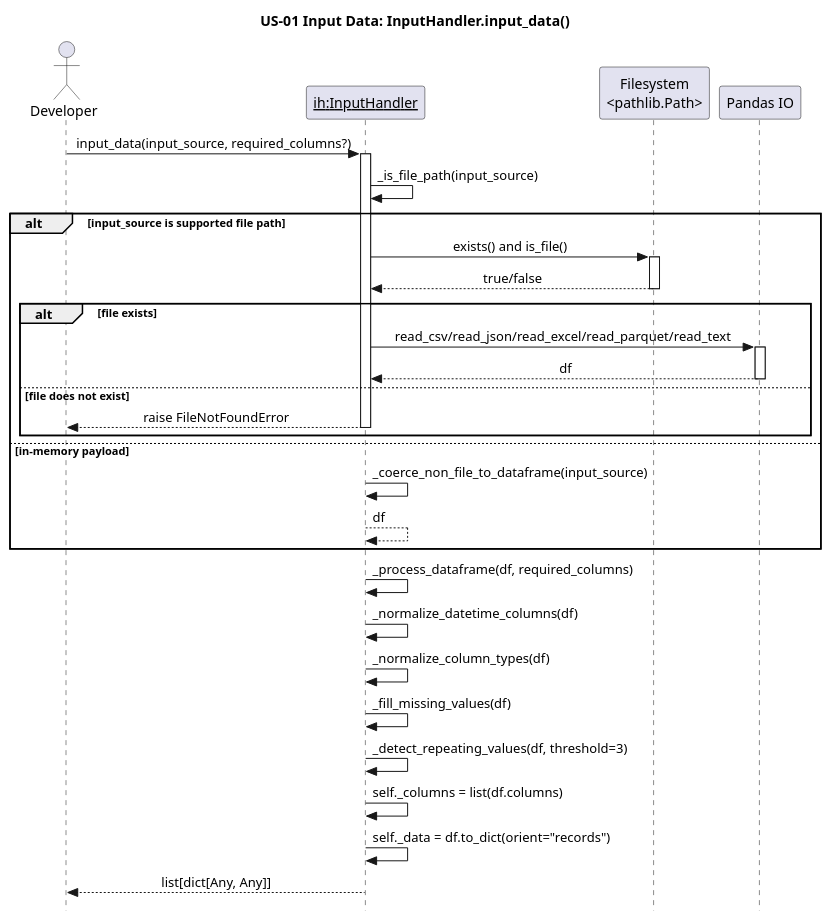
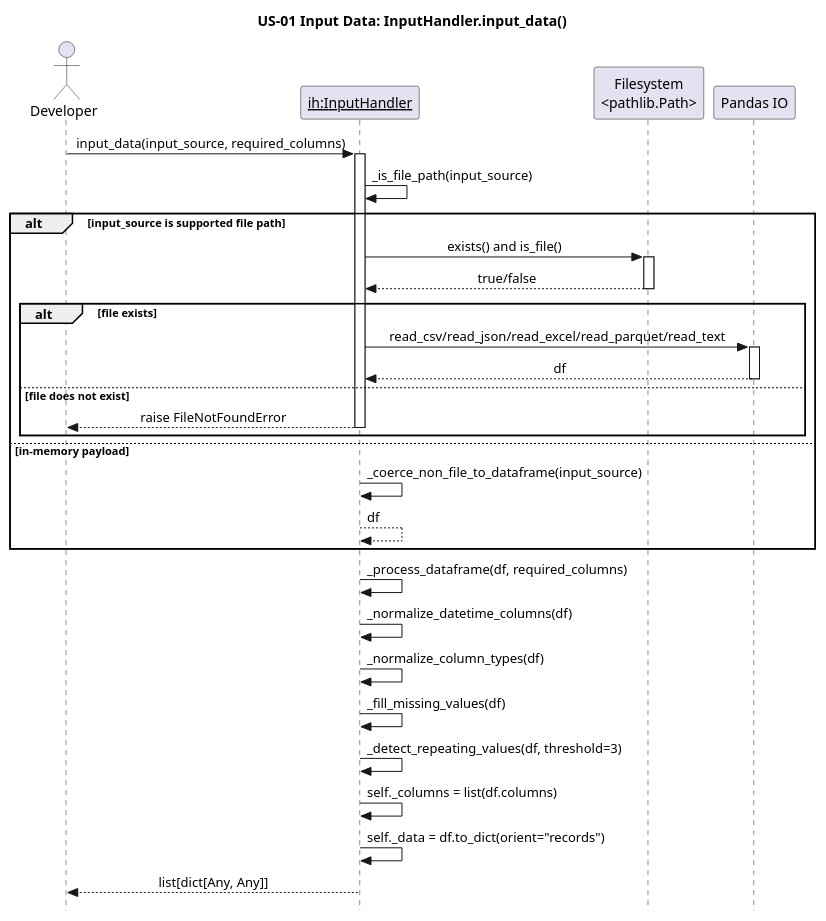
Before and after one commit to egrembocki/htmrl: the diagram in docs/puml/US/us-01.puml, drawn with PlantUML. The commit also changed 1 other file, not shown here.

```diff
--- a/docs/puml/US/us-01.puml
+++ b/docs/puml/US/us-01.puml
@@ -1,45 +1,45 @@
 @startuml
 skinparam style strictuml
 skinparam sequenceMessageAlign center
 skinparam responseMessageBelowArrow true
 title US-01 Input Data: InputHandler.input_data()
 
 actor Developer
 participant "<u>ih:InputHandler</u>" as IH
 participant "Filesystem\n<pathlib.Path>" as FS
 participant "Pandas IO" as PD
 
-Developer -> IH: input_data(input_source, required_columns?)
+Developer -> IH: input_data(input_source, required_columns)
 activate IH
 IH -> IH: _is_file_path(input_source)
 
 alt input_source is supported file path
   IH -> FS: exists() and is_file()
   activate FS
   FS --> IH: true/false
   deactivate FS
 
   alt file exists
     IH -> PD: read_csv/read_json/read_excel/read_parquet/read_text
     activate PD
     PD --> IH: df
     deactivate PD
   else file does not exist
     IH --> Developer: raise FileNotFoundError
     deactivate IH
   end
 else in-memory payload
   IH -> IH: _coerce_non_file_to_dataframe(input_source)
   IH --> IH: df
 end
 
 IH -> IH: _process_dataframe(df, required_columns)
 IH -> IH: _normalize_datetime_columns(df)
 IH -> IH: _normalize_column_types(df)
 IH -> IH: _fill_missing_values(df)
 IH -> IH: _detect_repeating_values(df, threshold=3)
 IH -> IH: self._columns = list(df.columns)
 IH -> IH: self._data = df.to_dict(orient="records")
 IH --> Developer: list[dict[Any, Any]]
 deactivate IH
 @enduml
```
